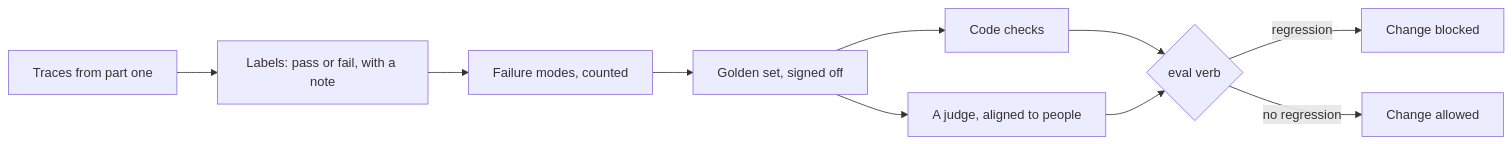
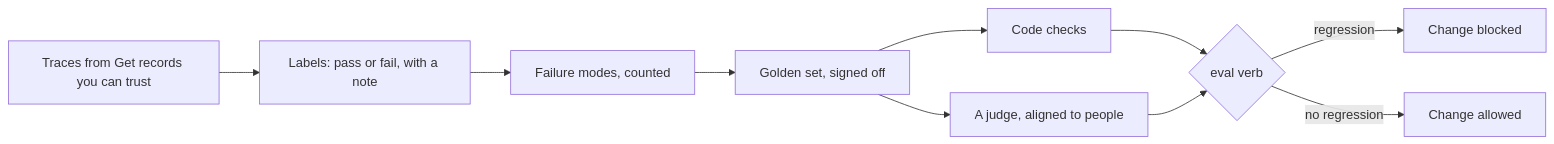
Before and after one commit to learnwithparam/applied-ai-cohort: the diagram in parts/02-measure-before-you-change/README.md, drawn with Mermaid. The commit also changed other lines of this file and 29 other files, not shown here.

````diff
--- a/parts/02-measure-before-you-change/README.md
+++ b/parts/02-measure-before-you-change/README.md
@@ -25,12 +25,12 @@
 ```mermaid
 flowchart LR
-  A["Traces from part one"] --> B["Labels: pass or fail, with a note"]
+  A["Traces from Get records you can trust"] --> B["Labels: pass or fail, with a note"]
   B --> C["Failure modes, counted"]
   C --> D["Golden set, signed off"]
   D --> E["Code checks"]
   D --> F["A judge, aligned to people"]
   E --> G{"eval verb"}
   F --> G
   G -- "regression" --> H["Change blocked"]
   G -- "no regression" --> I["Change allowed"]
 ```
````
